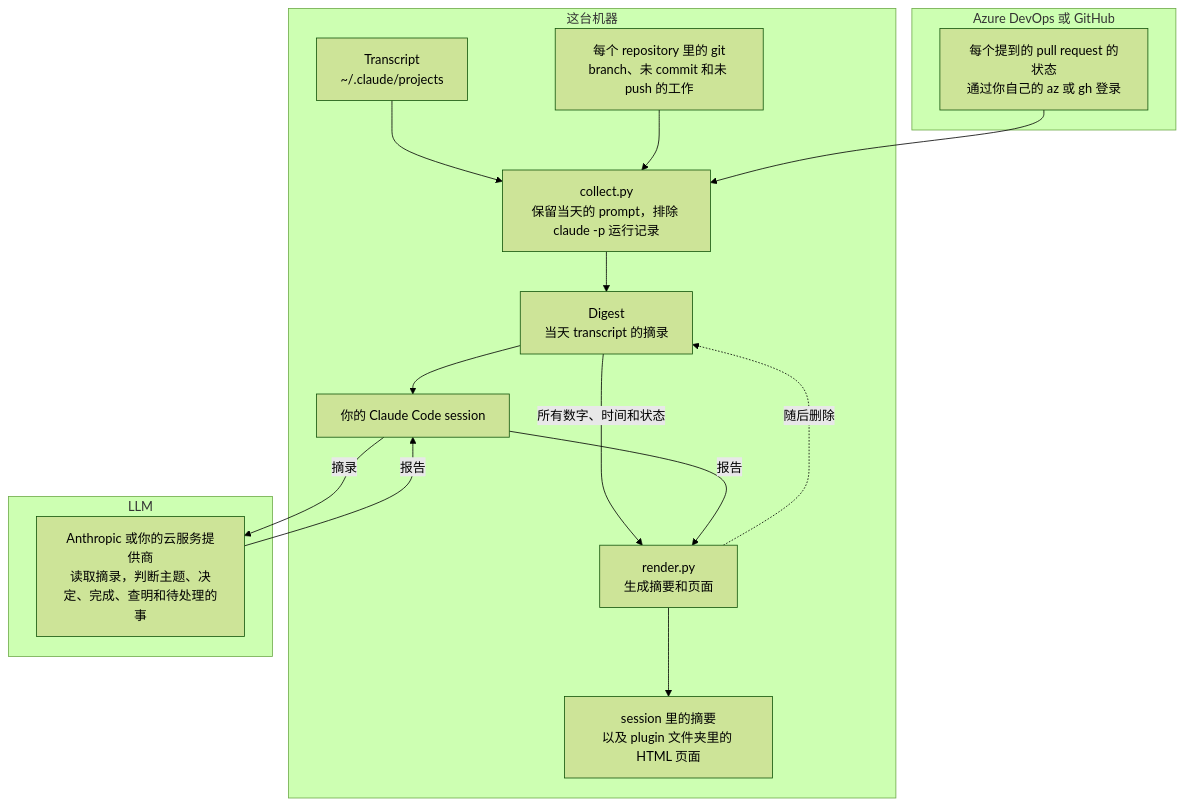
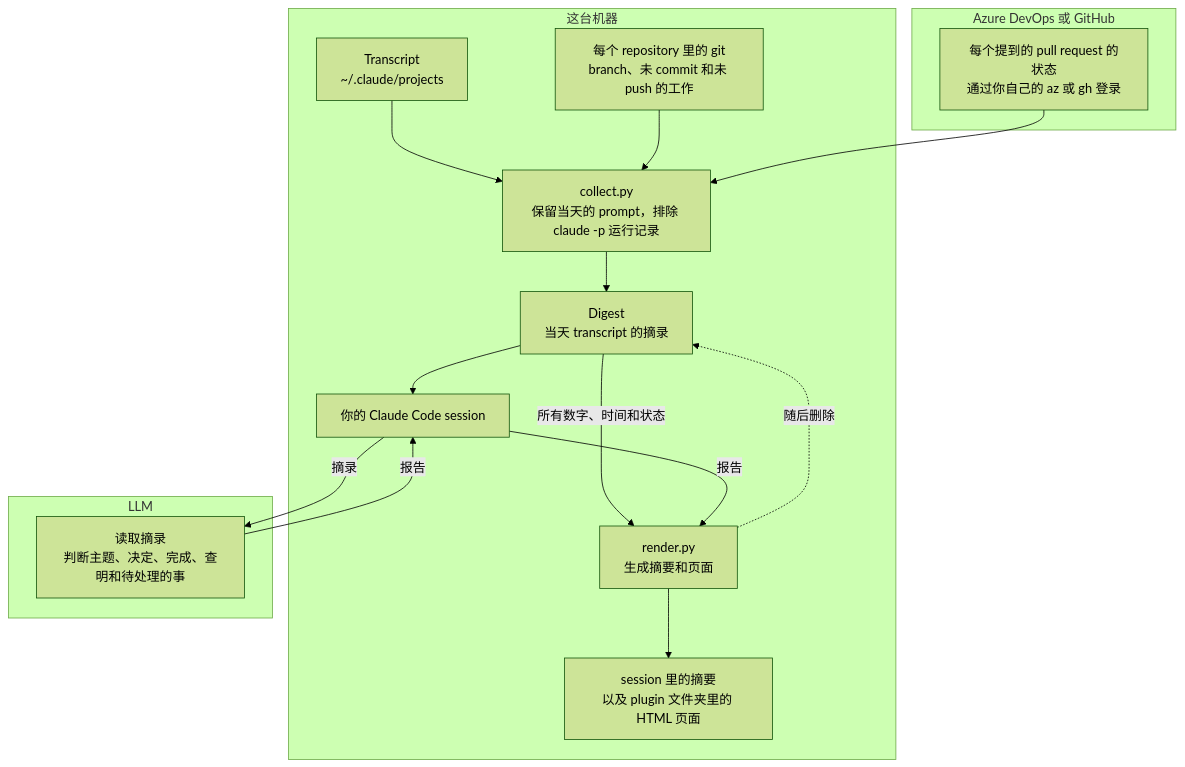
One commit to softwareone-platform/tundra changed the diagram in plugins/remind-me/README.zh-CN.md. Above: the diagram before and after it, drawn with Mermaid (forest theme). The commit also changed other lines of this file and 2 other files, not shown here.

Commit message:
drop the provider name from remind-me's diagram

````diff
--- a/plugins/remind-me/README.zh-CN.md
+++ b/plugins/remind-me/README.zh-CN.md
@@ -41,22 +41,22 @@
 ```mermaid
 flowchart TB
     subgraph machine["这台机器"]
         transcripts["Transcript<br>~/.claude/projects"] --> collect
         git["每个 repository 里的 git<br>branch、未 commit 和未 push 的工作"] --> collect
         collect["collect.py<br>保留当天的 prompt，排除 claude -p 运行记录"] --> digest["Digest<br>当天 transcript 的摘录"]
         digest --> session["你的 Claude Code session"]
         digest -- 所有数字、时间和状态 --> render["render.py<br>生成摘要和页面"]
         session -- 报告 --> render
         render --> page["session 里的摘要<br>以及 plugin 文件夹里的 HTML 页面"]
         render -. 随后删除 .-> digest
     end
     subgraph provider["LLM"]
-        model["Anthropic 或你的云服务提供商<br>读取摘录，判断主题、决定、完成、查明和待处理的事"]
+        model["读取摘录<br>判断主题、决定、完成、查明和待处理的事"]
     end
     subgraph host["Azure DevOps 或 GitHub"]
         remote["每个提到的 pull request 的状态<br>通过你自己的 az 或 gh 登录"]
     end
     session -- 摘录 --> model
     model -- 报告 --> session
     remote --> collect
 ```
````
